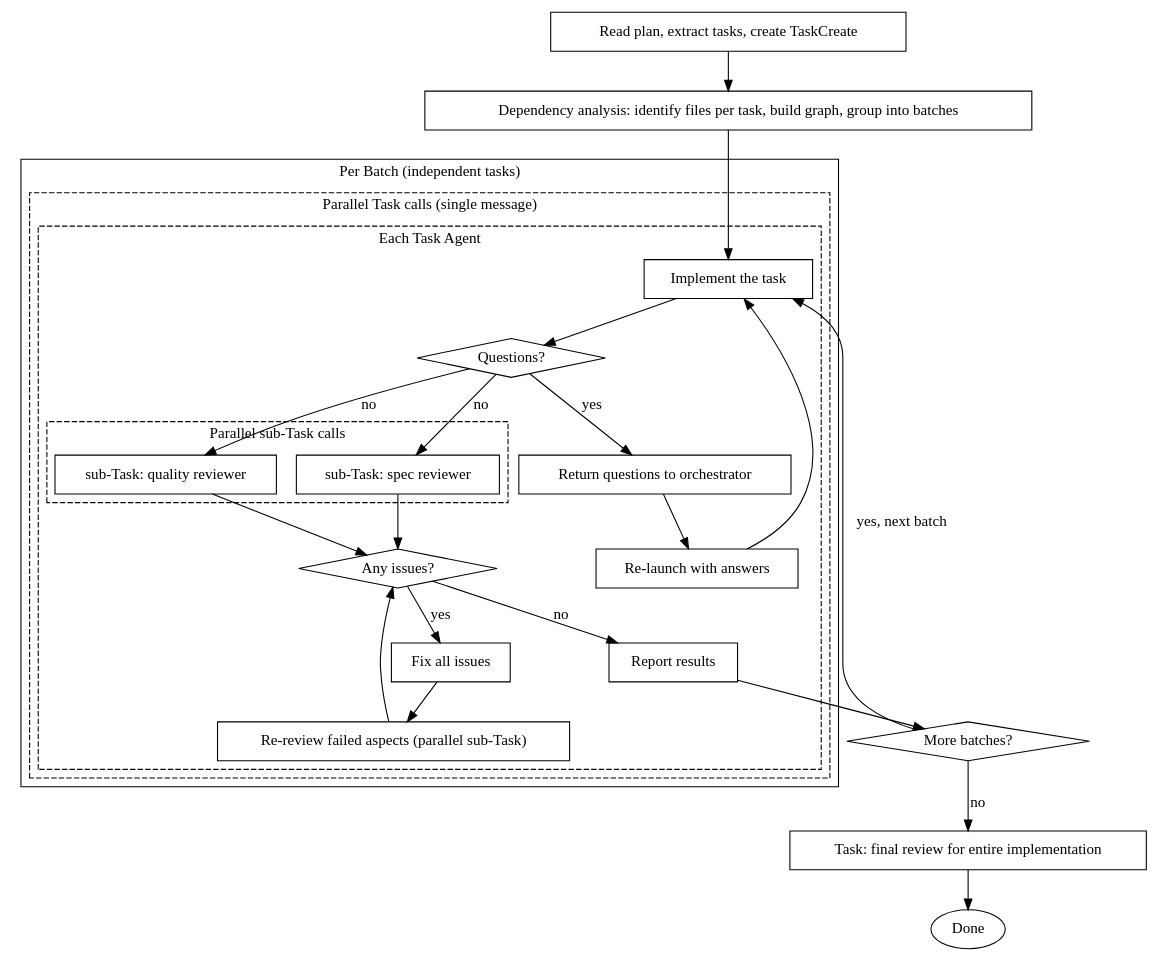
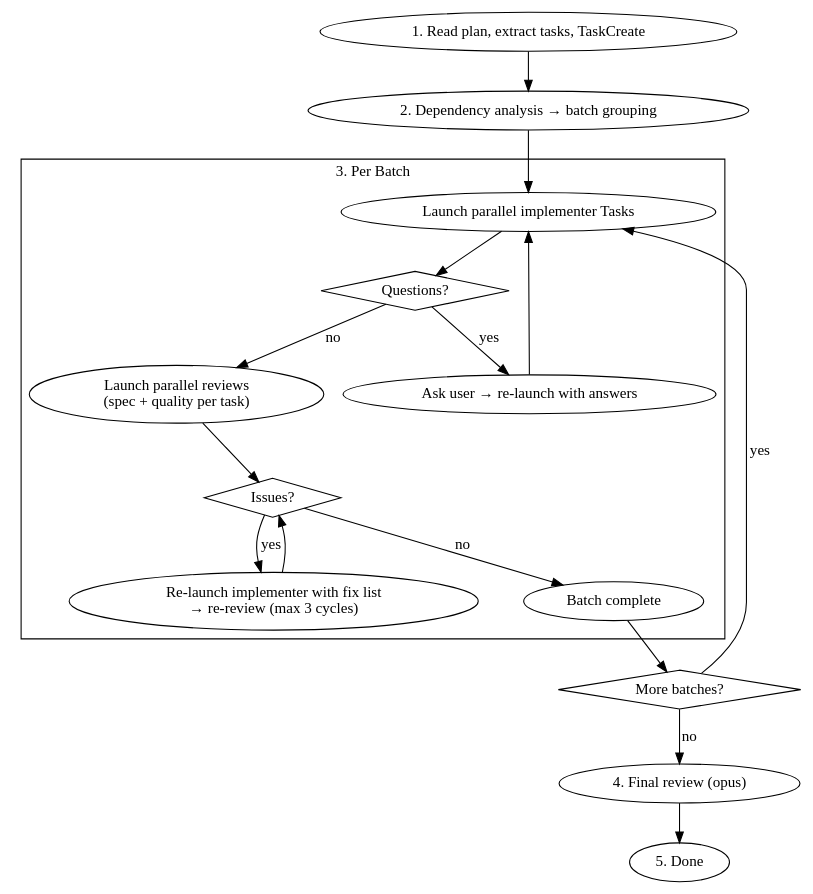
One commit to kslhunter/simplysm changed the second of 2 diagrams in .claude/skills/sd-plan-dev/SKILL.md. Above: the diagram before and after it, drawn with Graphviz. The commit also changed other lines of this file and 4 other files, not shown here.

First line of the commit message:
docs(sd-plan-dev): redesign skill with direct and agent mode selection

````diff
--- a/.claude/skills/sd-plan-dev/SKILL.md
+++ b/.claude/skills/sd-plan-dev/SKILL.md
@@ -38,60 +69,37 @@
 ```dot
-digraph process {
+digraph agent_mode {
     rankdir=TB;
 
-    "Read plan, extract tasks, create TaskCreate" [shape=box];
-    "Dependency analysis: identify files per task, build graph, group into batches" [shape=box];
+    setup [label="1. Read plan, extract tasks, TaskCreate"];
+    deps [label="2. Dependency analysis → batch grouping"];
 
     subgraph cluster_batch {
-        label="Per Batch (independent tasks)";
-
-        subgraph cluster_parallel_tasks {
-            label="Parallel Task calls (single message)";
-            style=dashed;
-
-            subgraph cluster_task_agent {
-                label="Each Task Agent";
-                "Implement the task" [shape=box];
-                "Questions?" [shape=diamond];
-                "Return questions to orchestrator" [shape=box];
-                "Re-launch with answers" [shape=box];
-
-                subgraph cluster_nested_review {
-                    label="Parallel sub-Task calls";
-                    style=dashed;
-                    "sub-Task: spec reviewer" [shape=box];
-                    "sub-Task: quality reviewer" [shape=box];
-                }
-
-                "Any issues?" [shape=diamond];
-                "Fix all issues" [shape=box];
-                "Re-review failed aspects (parallel sub-Task)" [shape=box];
-                "Report results" [shape=box];
-            }
-        }
+        label="3. Per Batch";
+        implement [label="Launch parallel implementer Tasks"];
+        questions [label="Questions?" shape=diamond];
+        ask [label="Ask user → re-launch with answers"];
+        reviews [label="Launch parallel reviews\n(spec + quality per task)"];
+        issues [label="Issues?" shape=diamond];
+        fix [label="Re-launch implementer with fix list\n→ re-review (max 3 cycles)"];
+        batch_done [label="Batch complete"];
     }
 
-    "More batches?" [shape=diamond];
-    "Task: final review for entire implementation" [shape=box];
-    "Done" [shape=ellipse];
+    more [label="More batches?" shape=diamond];
+    final [label="4. Final review (opus)"];
+    done [label="5. Done" shape=ellipse];
 
-    "Read plan, extract tasks, create TaskCreate" -> "Dependency analysis: identify files per task, build graph, group into batches";
-    "Dependency analysis: identify files per task, build graph, group into batches" -> "Implement the task";
-    "Implement the task" -> "Questions?";
-    "Questions?" -> "Return questions to orchestrator" [label="yes"];
-    "Return questions to orchestrator" -> "Re-launch with answers";
-    "Re-launch with answers" -> "Implement the task";
-    "Questions?" -> "sub-Task: spec reviewer" [label="no"];
-    "Questions?" -> "sub-Task: quality reviewer" [label="no"];
-    "sub-Task: spec reviewer" -> "Any issues?";
-    "sub-Task: quality reviewer" -> "Any issues?";
-    "Any issues?" -> "Fix all issues" [label="yes"];
-    "Fix all issues" -> "Re-review failed aspects (parallel sub-Task)";
-    "Re-review failed aspects (parallel sub-Task)" -> "Any issues?";
-    "Any issues?" -> "Report results" [label="no"];
-    "Report results" -> "More batches?";
-    "More batches?" -> "Implement the task" [label="yes, next batch"];
-    "More batches?" -> "Task: final review for entire implementation" [label="no"];
-    "Task: final review for entire implementation" -> "Done";
+    setup -> deps -> implement;
+    implement -> questions;
+    questions -> ask [label="yes"];
+    ask -> implement;
+    questions -> reviews [label="no"];
+    reviews -> issues;
+    issues -> fix [label="yes"];
+    fix -> issues;
+    issues -> batch_done [label="no"];
+    batch_done -> more;
+    more -> implement [label="yes"];
+    more -> final [label="no"];
+    final -> done;
 }
 ```
````
